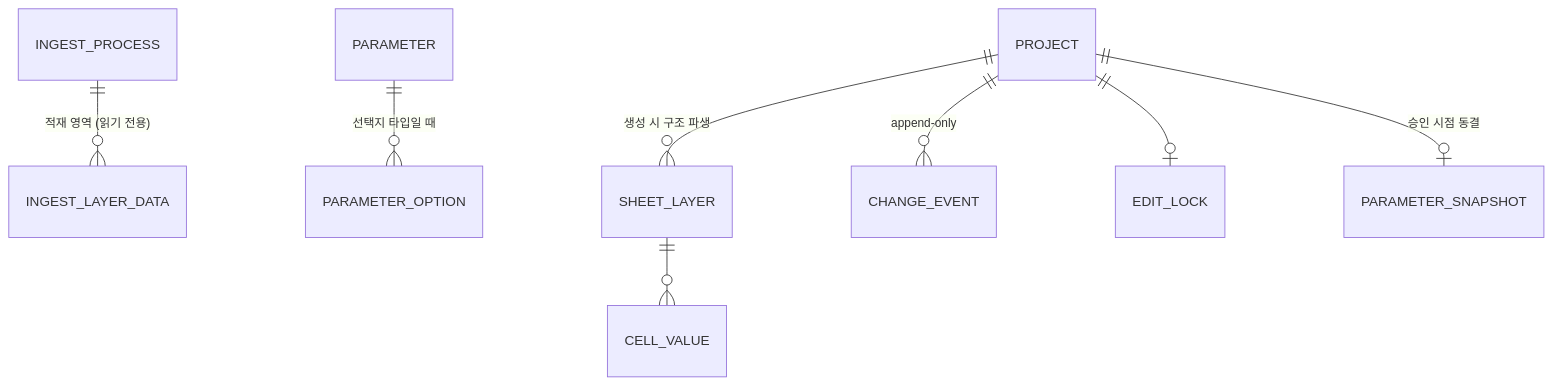
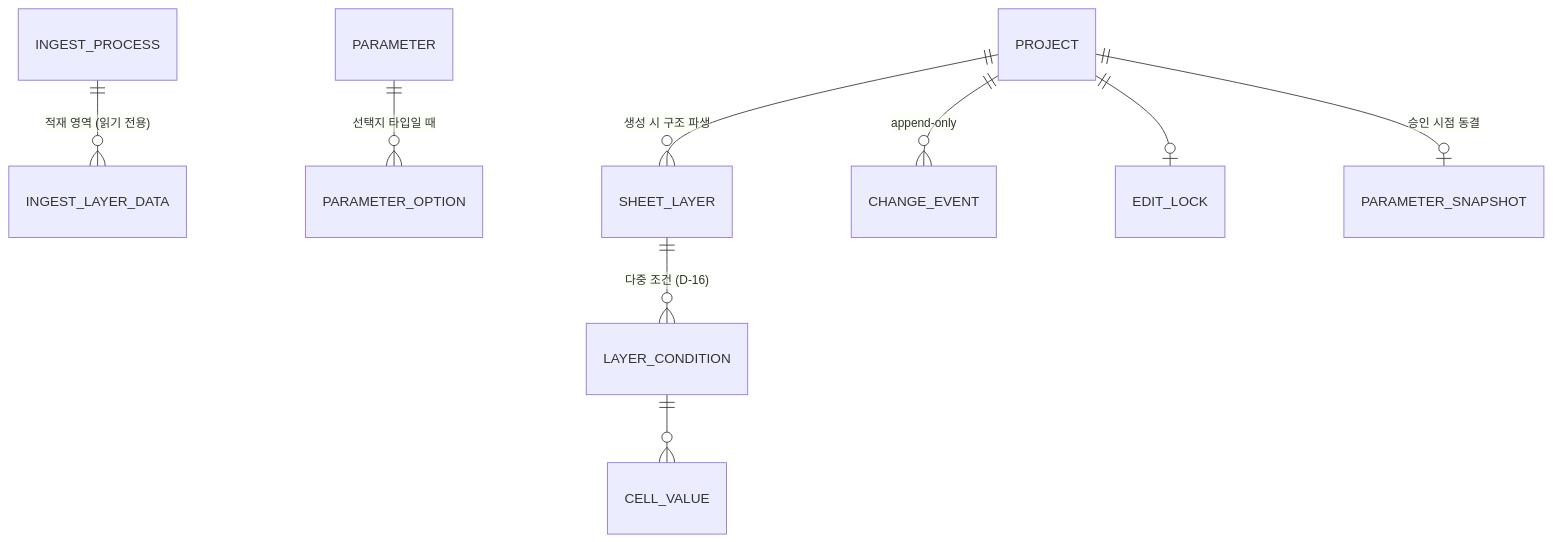
One commit to Middleages/process-condition-manager changed the diagram in plan/02-data-model.md. Above: the diagram before and after it, drawn with Mermaid. The commit also changed other lines of this file and 10 other files, not shown here.

````diff
--- a/plan/02-data-model.md
+++ b/plan/02-data-model.md
@@ -5,10 +5,11 @@
 ```mermaid
 erDiagram
     INGEST_PROCESS ||--o{ INGEST_LAYER_DATA : "적재 영역 (읽기 전용)"
     PARAMETER ||--o{ PARAMETER_OPTION : "선택지 타입일 때"
     PROJECT ||--o{ SHEET_LAYER : "생성 시 구조 파생"
-    SHEET_LAYER ||--o{ CELL_VALUE : ""
+    SHEET_LAYER ||--o{ LAYER_CONDITION : "다중 조건 (D-16)"
+    LAYER_CONDITION ||--o{ CELL_VALUE : ""
     PROJECT ||--o{ CHANGE_EVENT : "append-only"
     PROJECT ||--o| EDIT_LOCK : ""
     PROJECT ||--o| PARAMETER_SNAPSHOT : "승인 시점 동결"
 ```
````
